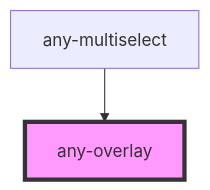
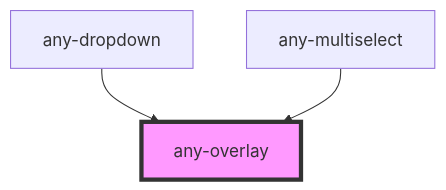
One commit to adaleks/anywhere-ui changed the diagram in packages/core/src/components/overlay/readme.md. Above: the diagram before and after it, drawn with Mermaid. The commit also changed other lines of this file and 13 other files, not shown here.

````diff
--- a/packages/core/src/components/overlay/readme.md
+++ b/packages/core/src/components/overlay/readme.md
@@ -37,5 +38,6 @@
 ```mermaid
 graph TD;
+  any-dropdown --> any-overlay
   any-multiselect --> any-overlay
   style any-overlay fill:#f9f,stroke:#333,stroke-width:4px
 ```
````
